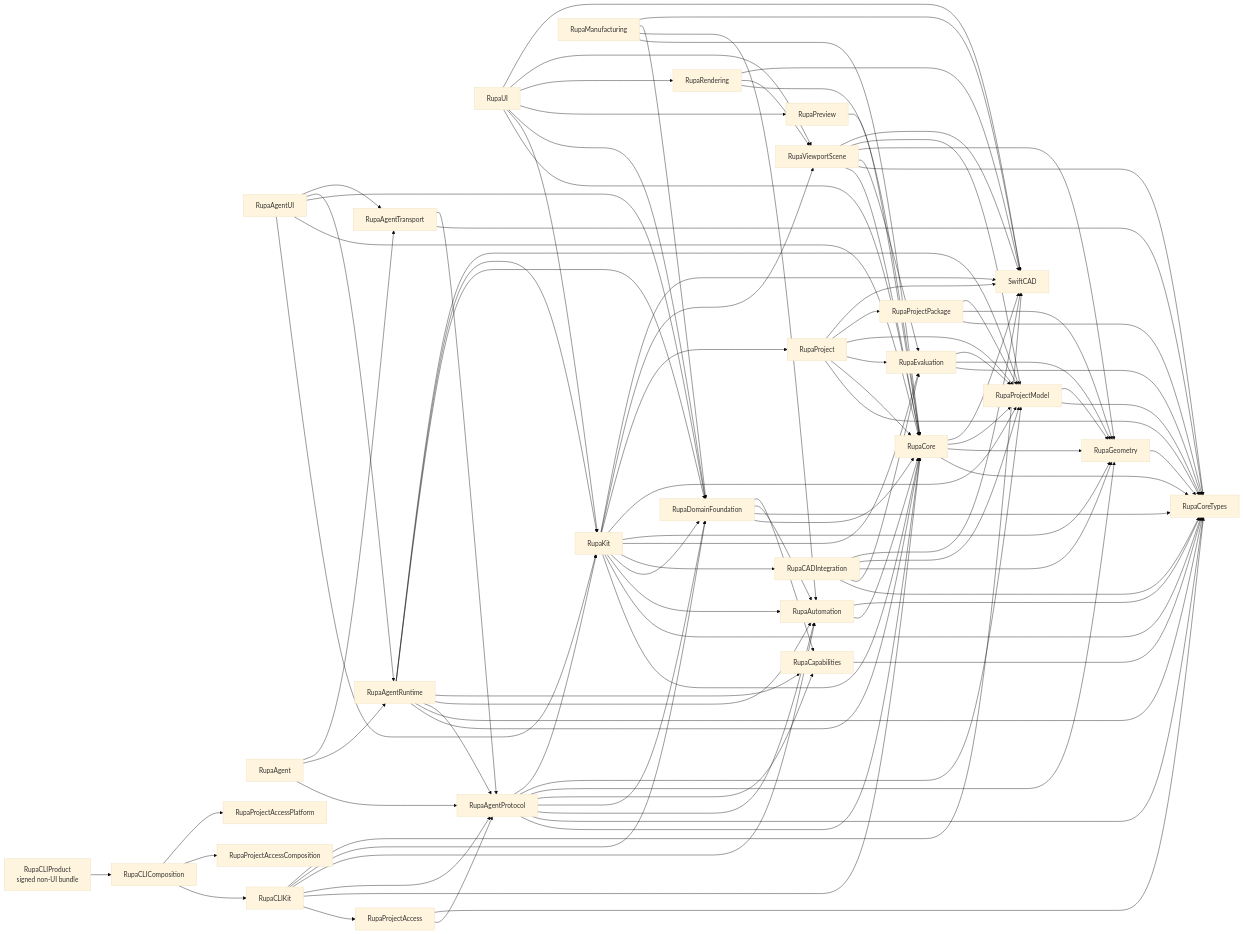
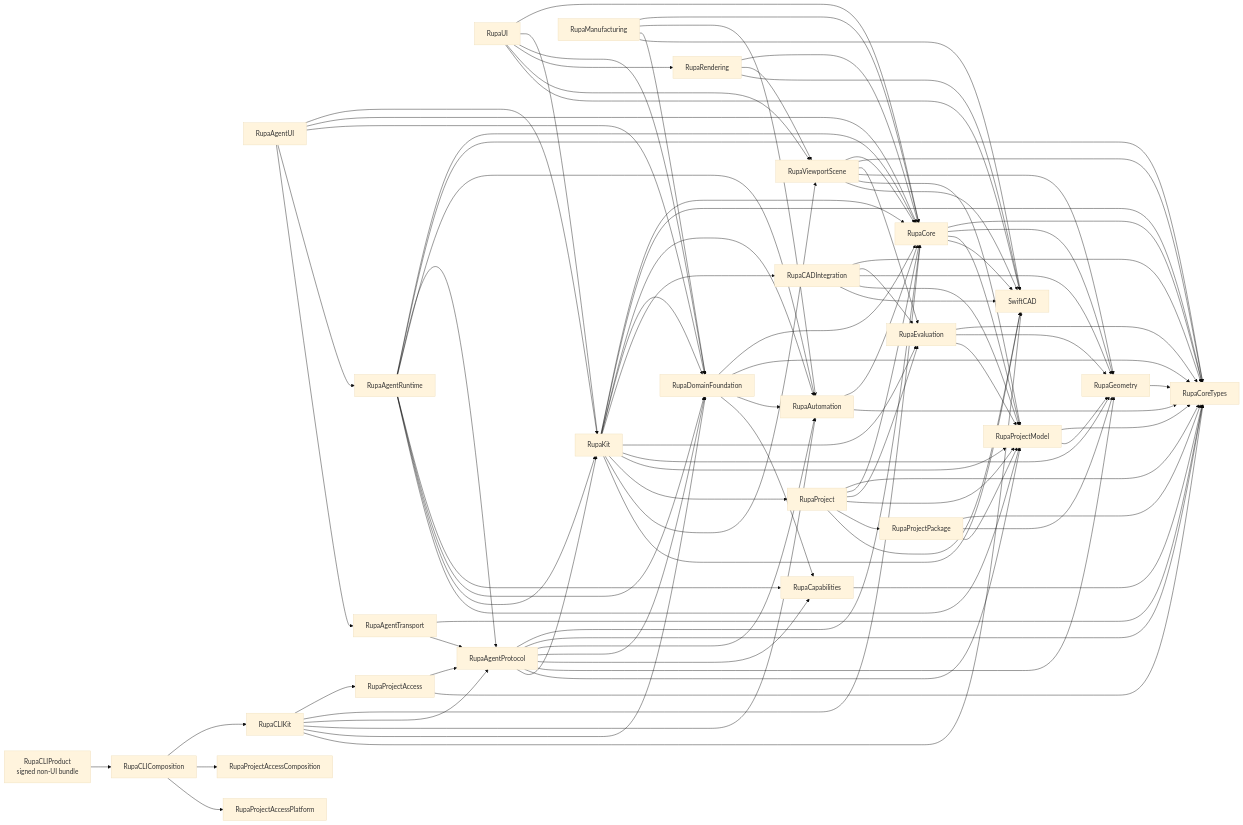
The first of 3 diagrams in RupaKit/ARCHITECTURE.md (1amageek/Rupa), drawn with Mermaid (base theme) before and after one commit. The commit also changed other lines of this file and 7 other files, not shown here.

Commit message:
Align remaining architecture references

```diff
--- a/RupaKit/ARCHITECTURE.md
+++ b/RupaKit/ARCHITECTURE.md
@@ -67,7 +67,6 @@
     UI[RupaUI] --> Core
     UI --> Kit
     UI --> Domain
-    UI --> Preview[RupaPreview]
     UI --> Rendering
     UI --> ViewportScene
     UI --> SwiftCAD
@@ -107,10 +106,6 @@
     AgentUI --> Domain
     AgentUI --> AgentRuntime
     AgentUI --> AgentTransport
-    Agent[RupaAgent] --> AgentProtocol
-    Agent --> AgentRuntime
-    Agent --> AgentTransport
-    Preview --> Core
     Manufacturing[RupaManufacturing] --> Core
     Manufacturing --> Automation
     Manufacturing --> Domain
```
